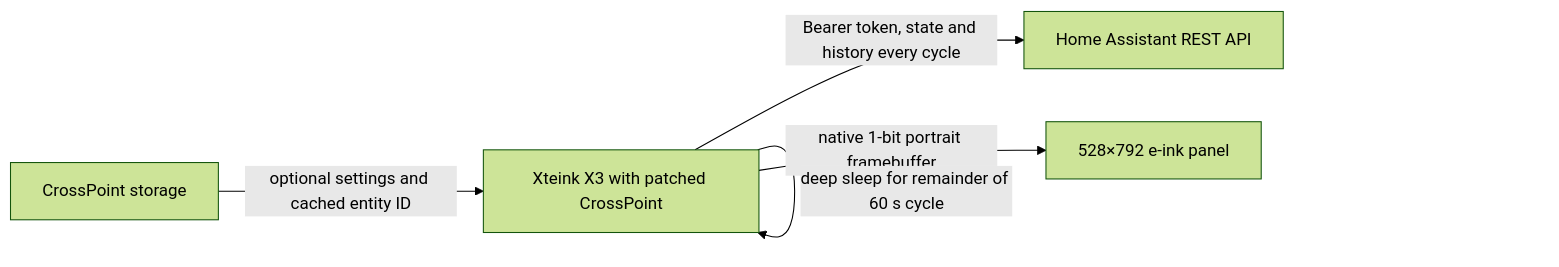
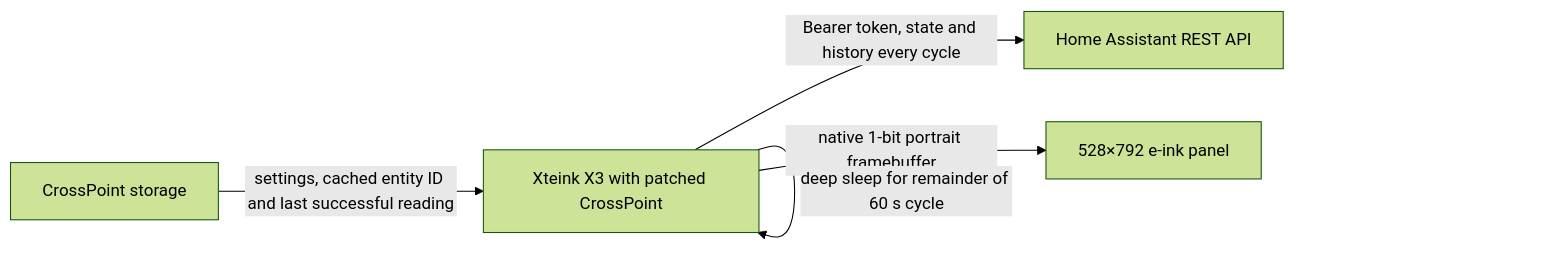
One commit to wiltodelta/xteink-sugartv changed the diagram in docs/architecture.md. Above: the diagram before and after it, drawn with Mermaid (forest theme). The commit also changed other lines of this file and 2 other files, not shown here.

````diff
--- a/docs/architecture.md
+++ b/docs/architecture.md
@@ -3,12 +3,12 @@
 ```mermaid
 flowchart LR
     X3[Xteink X3 with patched CrossPoint]
     HA[Home Assistant REST API]
     FS[CrossPoint storage]
     EPD[528×792 e-ink panel]
 
     X3 -->|Bearer token, state and history every cycle| HA
-    FS -->|optional settings and cached entity ID| X3
+    FS -->|settings, cached entity ID and last successful reading| X3
     X3 -->|native 1-bit portrait framebuffer| EPD
     X3 -->|deep sleep for remainder of 60 s cycle| X3
 ```
````
